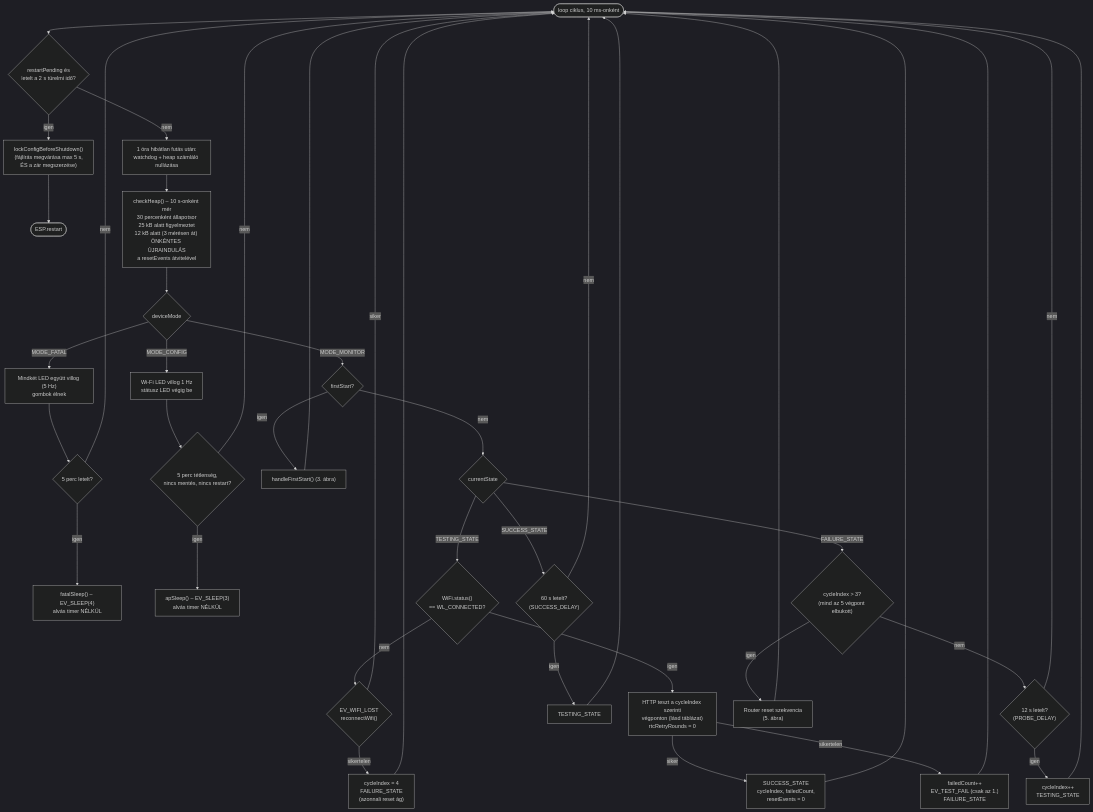
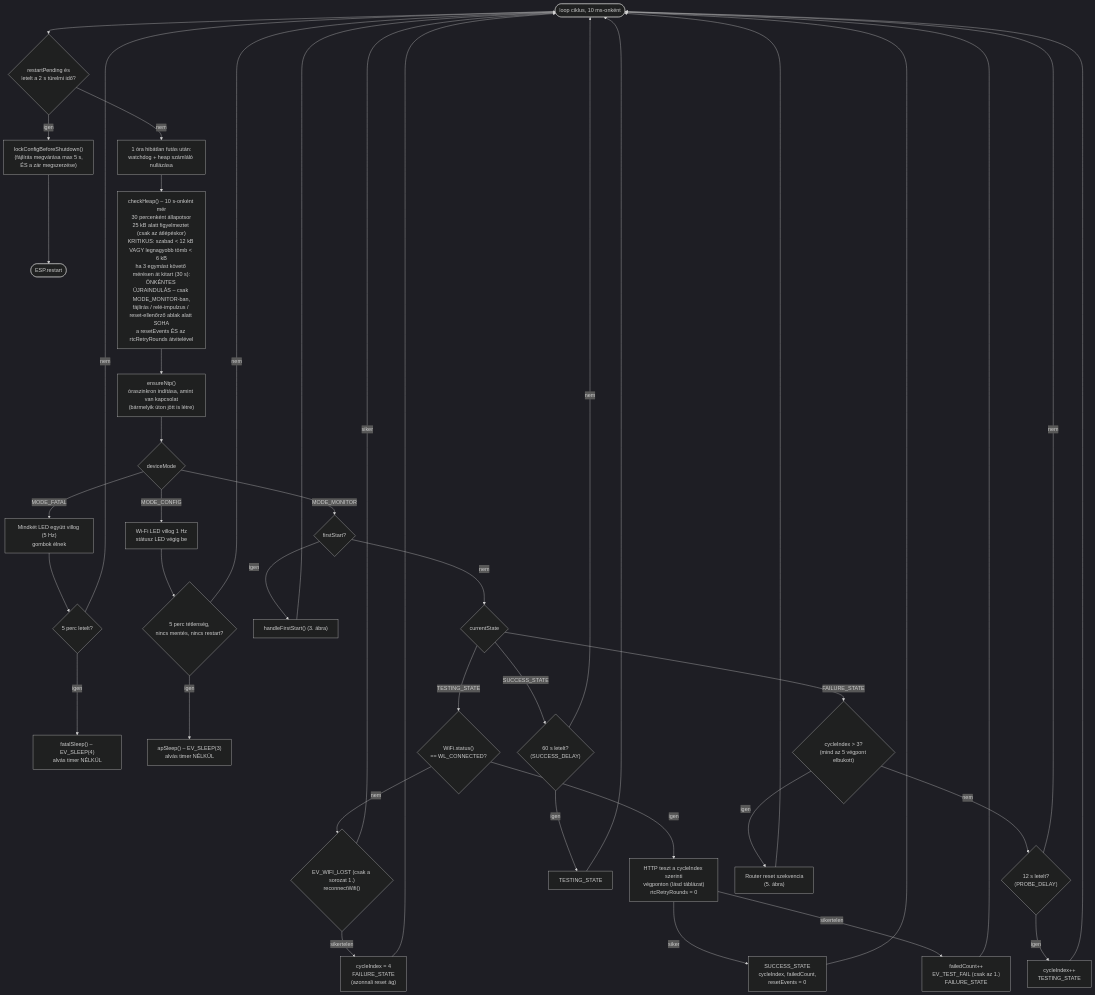
Before and after one commit to manszabi/bazsi-router-reboot: the fourth of 9 diagrams in FOLYAMATABRA.md, drawn with Mermaid (dark theme). The commit also changed other lines of this file, not shown here.

````diff
--- a/FOLYAMATABRA.md
+++ b/FOLYAMATABRA.md
@@ -114,35 +122,36 @@
 ```mermaid
 flowchart TD
     L([loop ciklus, 10 ms-onként]) --> RP{"restartPending és<br>letelt a 2 s türelmi idő?"}
     RP -->|igen| WFW["lockConfigBeforeShutdown()<br>(fájlírás megvárása max 5 s,<br>ÉS a zár megszerzése)"] --> RS([ESP.restart])
     RP -->|nem| WDC0["1 óra hibátlan futás után:<br>watchdog + heap számláló nullázása"]
-    WDC0 --> HEAP["checkHeap() – 10 s-onként mér<br>30 percenként állapotsor<br>25 kB alatt figyelmeztet<br>12 kB alatt (3 mérésen át) ÖNKÉNTES ÚJRAINDULÁS<br>a resetEvents átvitelével"]
-    HEAP --> MODE{deviceMode}
+    WDC0 --> HEAP["checkHeap() – 10 s-onként mér<br>30 percenként állapotsor<br>25 kB alatt figyelmeztet (csak az átlépéskor)<br>KRITIKUS: szabad &lt; 12 kB VAGY legnagyobb tömb &lt; 6 kB<br>ha 3 egymást követő mérésen át kitart (30 s):<br>ÖNKÉNTES ÚJRAINDULÁS – csak MODE_MONITOR-ban,<br>fájlírás / relé-impulzus / reset-ellenőrző ablak alatt SOHA<br>a resetEvents ÉS az rtcRetryRounds átvitelével"]
+    HEAP --> NTP["ensureNtp()<br>óraszinkron indítása, amint van kapcsolat<br>(bármelyik úton jött is létre)"]
+    NTP --> MODE{deviceMode}
     MODE -->|MODE_FATAL| FB["Mindkét LED együtt villog (5 Hz)<br>gombok élnek"] --> F5{"5 perc letelt?"}
     F5 -->|igen| FSL["fatalSleep() – EV_SLEEP(4)<br>alvás timer NÉLKÜL"]
     F5 -->|nem| L
     MODE -->|MODE_CONFIG| APB["Wi-Fi LED villog 1 Hz<br>státusz LED végig be"] --> APT{"5 perc tétlenség,<br>nincs mentés, nincs restart?"}
     APT -->|igen| ASL["apSleep() – EV_SLEEP(3)<br>alvás timer NÉLKÜL"]
     APT -->|nem| L
     MODE -->|MODE_MONITOR| FST{firstStart?}
     FST -->|igen| HFS["handleFirstStart() (3. ábra)"] --> L
     FST -->|nem| SM{currentState}
 
     SM -->|TESTING_STATE| WL{"WiFi.status()<br>== WL_CONNECTED?"}
-    WL -->|nem| RC{"EV_WIFI_LOST<br>reconnectWifi()"}
+    WL -->|nem| RC{"EV_WIFI_LOST (csak a sorozat 1.)<br>reconnectWifi()"}
     RC -->|siker| L
     RC -->|sikertelen| FRC["cycleIndex = 4<br>FAILURE_STATE<br>(azonnali reset ág)"] --> L
     WL -->|igen| TEST["HTTP teszt a cycleIndex szerinti<br>végponton (lásd táblázat)<br>rtcRetryRounds = 0"]
     TEST -->|siker| SUC["SUCCESS_STATE<br>cycleIndex, failedCount,<br>resetEvents = 0"] --> L
     TEST -->|sikertelen| FAI["failedCount++<br>EV_TEST_FAIL (csak az 1.)<br>FAILURE_STATE"] --> L
 
     SM -->|SUCCESS_STATE| SD{"60 s letelt?<br>(SUCCESS_DELAY)"}
     SD -->|igen| BT["TESTING_STATE"] --> L
     SD -->|nem| L
 
     SM -->|FAILURE_STATE| CI{"cycleIndex > 3?<br>(mind az 5 végpont elbukott)"}
     CI -->|nem| PD{"12 s letelt?<br>(PROBE_DELAY)"}
     PD -->|igen| NEXT["cycleIndex++<br>TESTING_STATE"] --> L
     PD -->|nem| L
     CI -->|igen| RESET["Router reset szekvencia<br>(5. ábra)"] --> L
 ```
````
